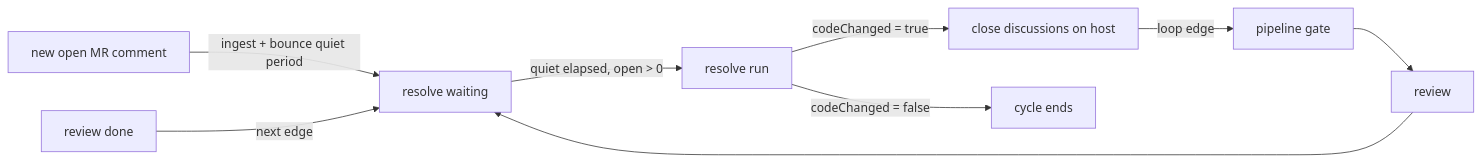
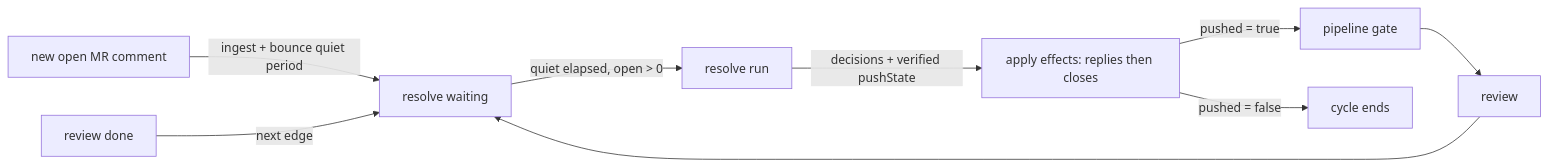
Before and after one commit to CodeThatBreak/ship: the diagram in docs/architecture/resolve-node.md, drawn with Mermaid. The commit also changed other lines of this file and 8 other files, not shown here.

````diff
--- a/docs/architecture/resolve-node.md
+++ b/docs/architecture/resolve-node.md
@@ -54,10 +54,10 @@
 ```mermaid
 flowchart LR
   C[new open MR comment] -->|ingest + bounce quiet period| W[resolve waiting]
   R[review done] -->|next edge| W
   W -->|quiet elapsed, open > 0| X[resolve run]
-  X -->|codeChanged = true| H[close discussions on host]
-  H -->|loop edge| P[pipeline gate]
+  X -->|decisions + verified pushState| H[apply effects: replies then closes]
+  H -->|pushed = true| P[pipeline gate]
   P --> R2[review] --> W
-  X -->|codeChanged = false| E[cycle ends]
+  H -->|pushed = false| E[cycle ends]
 ```
````
